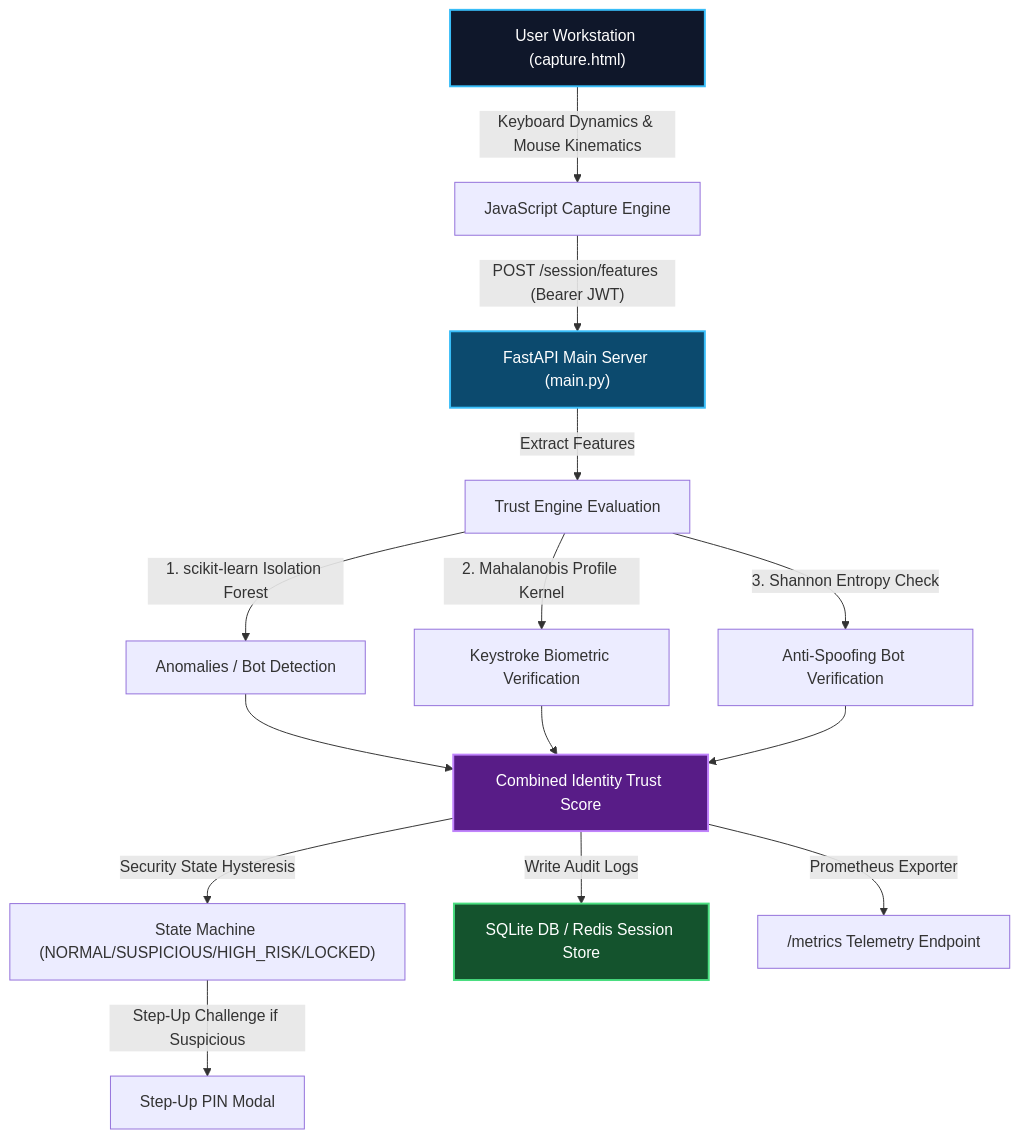
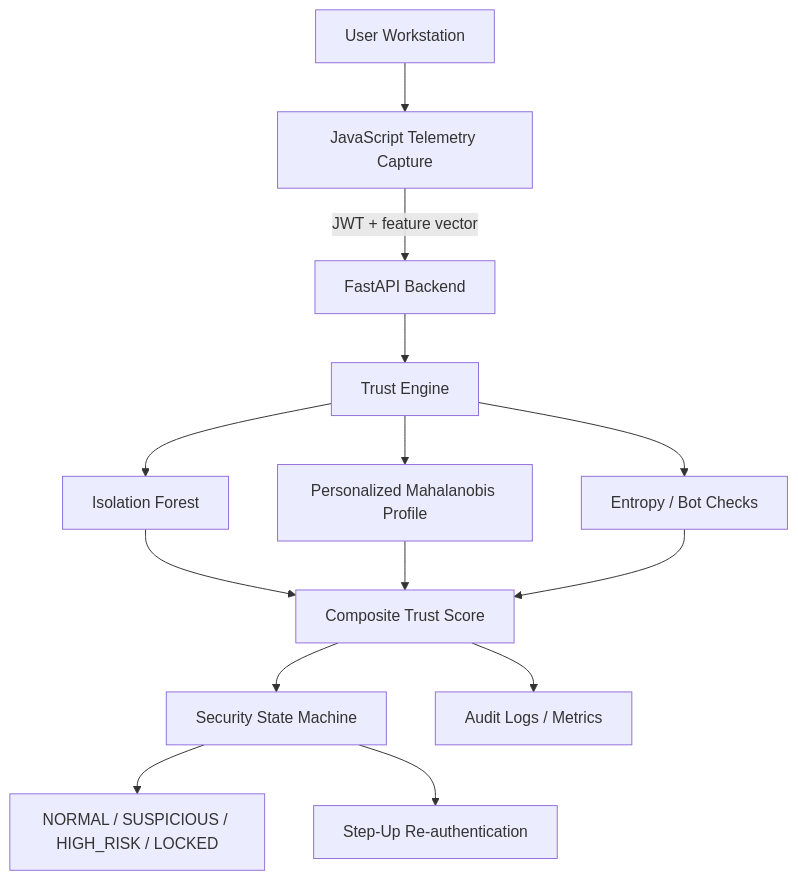
The diagram in README.md (sandeepannamalai2007-creator/TrustGuardAI), drawn with Mermaid before and after one commit. The commit also changed other lines of this file, not shown here.

Commit message:
docs: align README with current TrustGuard architecture

````diff
--- a/README.md
+++ b/README.md
@@ -19,21 +17,16 @@
 ```mermaid
 graph TD
-    A["User Workstation (capture.html)"] -->|"Keyboard Dynamics & Mouse Kinematics"| B["JavaScript Capture Engine"]
-    B -->|"POST /session/features (Bearer JWT)"| C["FastAPI Main Server (main.py)"]
-    C -->|"Extract Features"| D["Trust Engine Evaluation"]
-    D -->|"1. scikit-learn Isolation Forest"| E["Anomalies / Bot Detection"]
-    D -->|"2. Mahalanobis Profile Kernel"| F["Keystroke Biometric Verification"]
-    D -->|"3. Shannon Entropy Check"| G["Anti-Spoofing Bot Verification"]
-    E --> H["Combined Identity Trust Score"]
+    A[User Workstation] --> B[JavaScript Telemetry Capture]
+    B -->|JWT + feature vector| C[FastAPI Backend]
+    C --> D[Trust Engine]
+    D --> E[Isolation Forest]
+    D --> F[Personalized Mahalanobis Profile]
+    D --> G[Entropy / Bot Checks]
+    E --> H[Composite Trust Score]
     F --> H
     G --> H
-    H -->|"Security State Hysteresis"| I["State Machine (NORMAL/SUSPICIOUS/HIGH_RISK/LOCKED)"]
-    I -->|"Step-Up Challenge if Suspicious"| J["Step-Up PIN Modal"]
-    H -->|"Write Audit Logs"| K["SQLite DB / Redis Session Store"]
-    H -->|"Prometheus Exporter"| L["/metrics Telemetry Endpoint"]
-    
-    style A fill:#0f172a,stroke:#38bdf8,stroke-width:2px,color:#fff
-    style C fill:#0c4a6e,stroke:#38bdf8,stroke-width:2px,color:#fff
-    style H fill:#581c87,stroke:#c084fc,stroke-width:2px,color:#fff
-    style K fill:#14532d,stroke:#4ade80,stroke-width:2px,color:#fff
+    H --> I[Security State Machine]
+    I --> J[NORMAL / SUSPICIOUS / HIGH_RISK / LOCKED]
+    I --> K[Step-Up Re-authentication]
+    H --> L[Audit Logs / Metrics]
 ```
````
